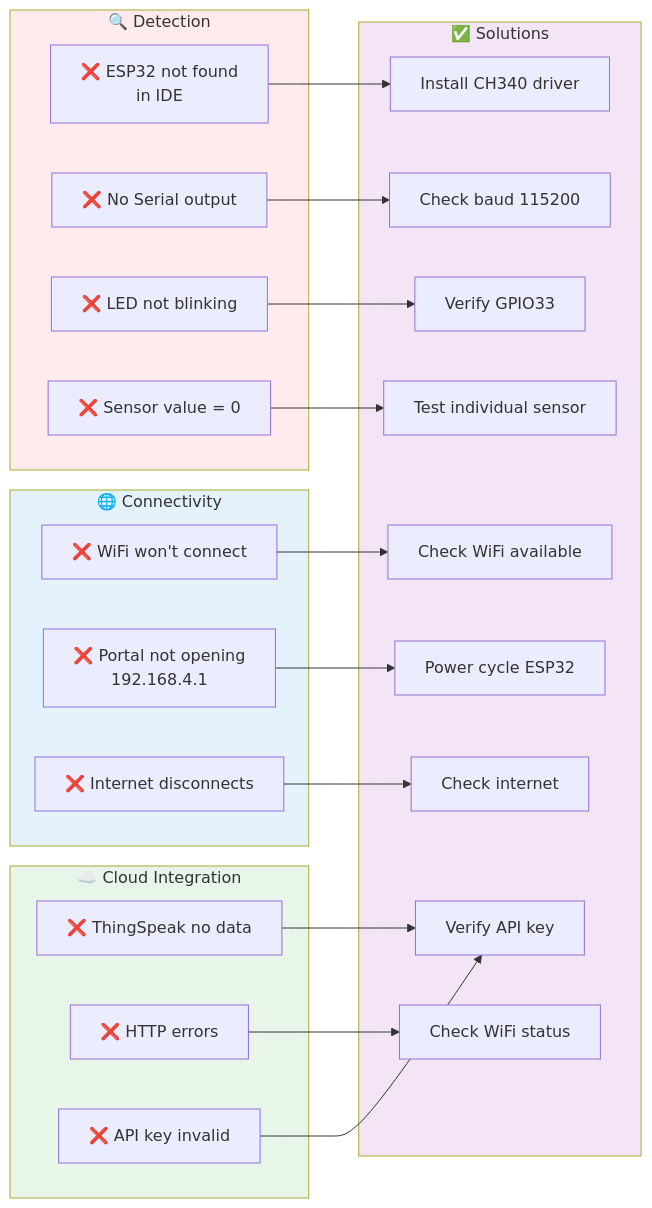
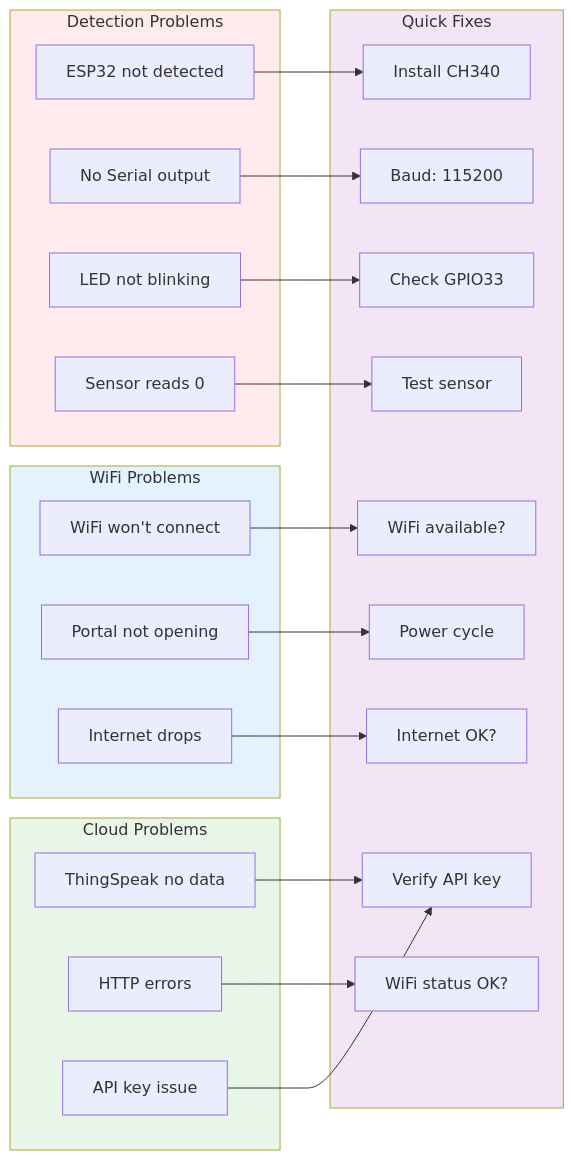
One commit to ficrammanifur/ESP32-RTOS-Environmental-Monitor changed diagram 19 of 25 in README.md. Above: the diagram before and after it, drawn with Mermaid. The commit also changed other lines of this file, not shown here.

````diff
--- a/README.md
+++ b/README.md
@@ -1037,51 +1072,51 @@
 ```mermaid
 graph LR
-    subgraph Detection["🔍 Detection"]
-        D1["❌ ESP32 not found<br/>in IDE"]
-        D2["❌ No Serial output"]
-        D3["❌ LED not blinking"]
-        D4["❌ Sensor value = 0"]
+    subgraph Detection["Detection Problems"]
+        D1["ESP32 not detected"]
+        D2["No Serial output"]
+        D3["LED not blinking"]
+        D4["Sensor reads 0"]
     end
     
-    subgraph Connectivity["🌐 Connectivity"]
-        C1["❌ WiFi won't connect"]
-        C2["❌ Portal not opening<br/>192.168.4.1"]
-        C3["❌ Internet disconnects"]
+    subgraph Connectivity["WiFi Problems"]
+        C1["WiFi won't connect"]
+        C2["Portal not opening"]
+        C3["Internet drops"]
     end
     
-    subgraph Cloud["☁️ Cloud Integration"]
-        CL1["❌ ThingSpeak no data"]
-        CL2["❌ HTTP errors"]
-        CL3["❌ API key invalid"]
+    subgraph Cloud["Cloud Problems"]
+        CL1["ThingSpeak no data"]
+        CL2["HTTP errors"]
+        CL3["API key issue"]
     end
     
-    subgraph Solutions["✅ Solutions"]
-        S1["Install CH340 driver"]
-        S2["Check baud 115200"]
-        S3["Verify GPIO33"]
-        S4["Test individual sensor"]
-        S5["Check WiFi available"]
-        S6["Power cycle ESP32"]
+    subgraph Solutions["Quick Fixes"]
+        S1["Install CH340"]
+        S2["Baud: 115200"]
+        S3["Check GPIO33"]
+        S4["Test sensor"]
+        S5["WiFi available?"]
+        S6["Power cycle"]
         S7["Verify API key"]
-        S8["Check WiFi status"]
-        S9["Check internet"]
+        S8["WiFi status OK?"]
+        S9["Internet OK?"]
     end
     
     D1 --> S1
     D2 --> S2
     D3 --> S3
     D4 --> S4
     
     C1 --> S5
     C2 --> S6
     C3 --> S9
     
     CL1 --> S7
     CL2 --> S8
     CL3 --> S7
     
     style Detection fill:#ffebee
     style Connectivity fill:#e3f2fd
     style Cloud fill:#e8f5e9
     style Solutions fill:#f3e5f5
 ```
````
